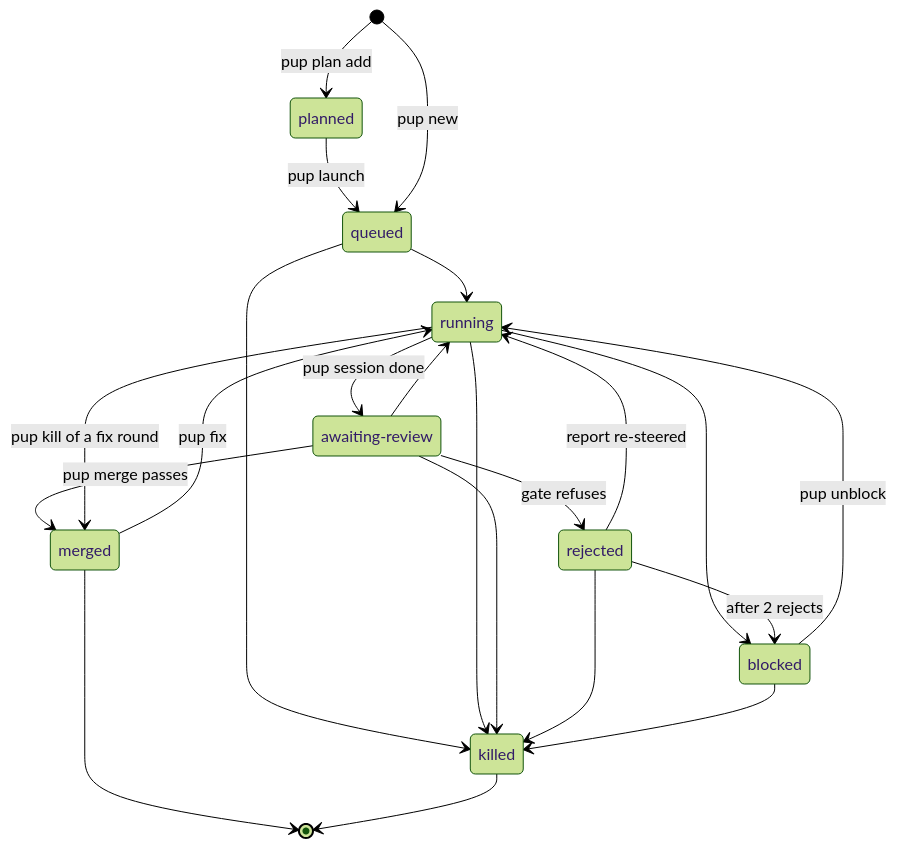
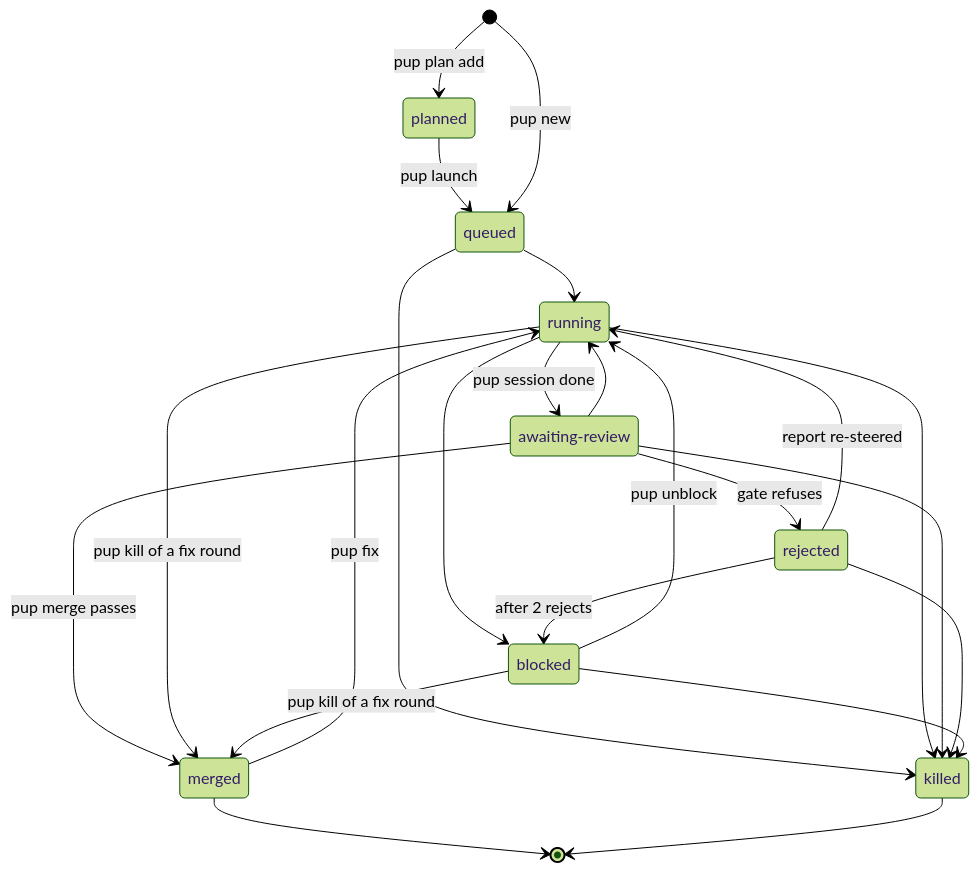
The second of 3 diagrams in docs/guide/concepts.md (AlexisBalayre/pupitre), drawn with Mermaid (forest theme) before and after one commit. The commit also changed other lines of this file and 1 other file, not shown here.

Commit message:
docs(guide): the flagged-debt edge is a refusal that keeps the session's state; a blocked fix round returns to merged on kill

````diff
--- a/docs/guide/concepts.md
+++ b/docs/guide/concepts.md
@@ -72,25 +72,26 @@
 ```mermaid
 stateDiagram-v2
   [*] --> planned: pup plan add
   planned --> queued: pup launch
   [*] --> queued: pup new
   queued --> running
   queued --> killed
   running --> awaiting_review: pup session done
   running --> blocked
   running --> killed
   awaiting_review --> merged: pup merge passes
   awaiting_review --> rejected: gate refuses
   awaiting_review --> running
   awaiting_review --> killed
   rejected --> running: report re-steered
   rejected --> blocked: after 2 rejects
   rejected --> killed
   blocked --> running: pup unblock
   blocked --> killed
   merged --> running: pup fix
   running --> merged: pup kill of a fix round
+  blocked --> merged: pup kill of a fix round
   merged --> [*]
   killed --> [*]
   state "awaiting-review" as awaiting_review
 ```
````
